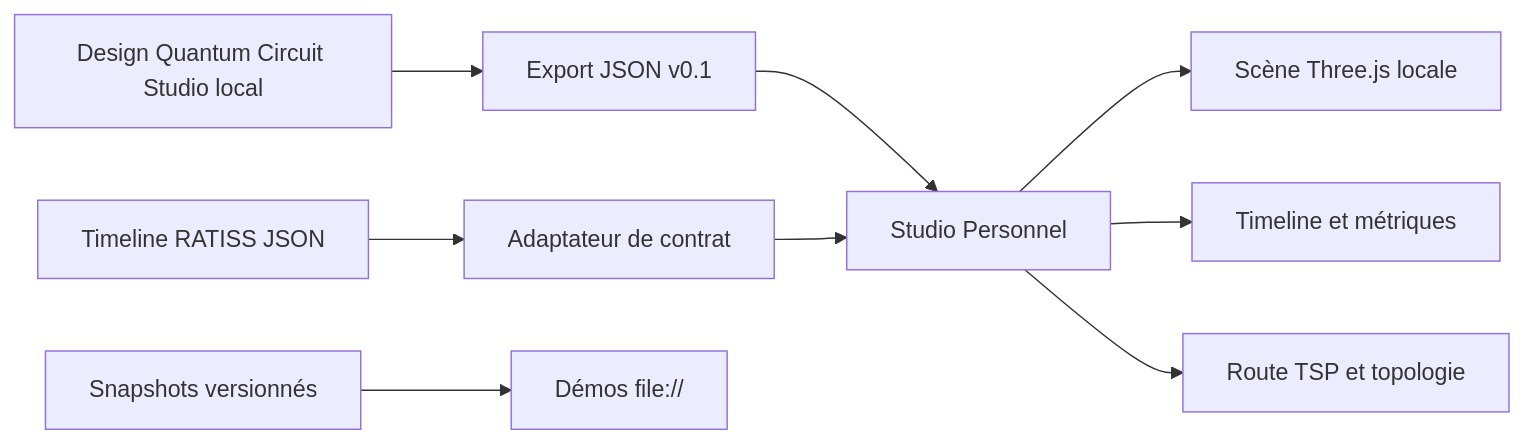
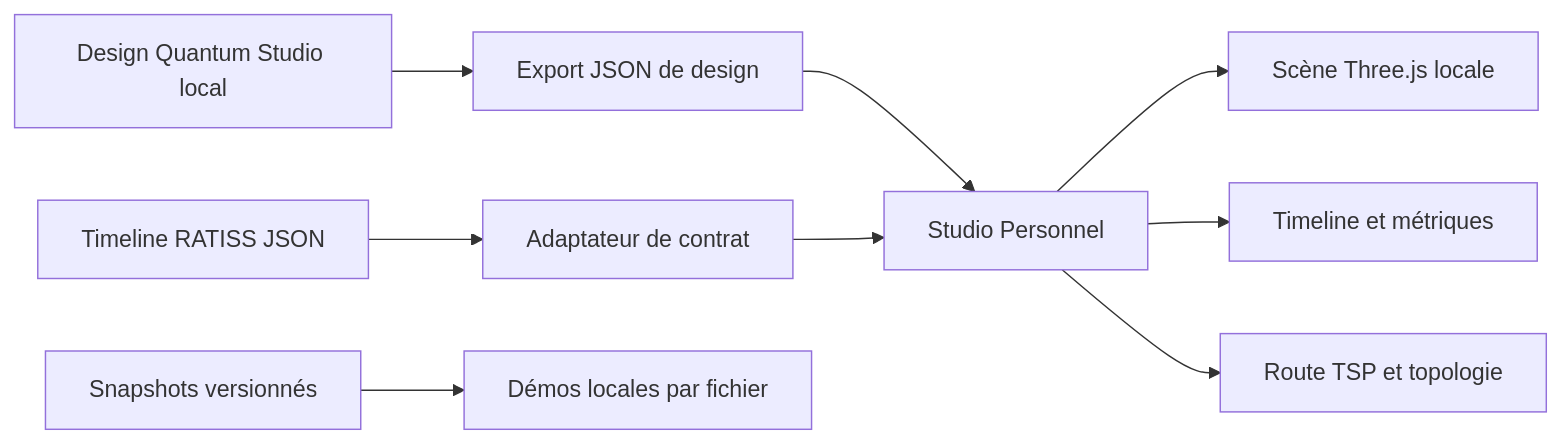
The diagram in README.md (evinajonathan13-max/ratiss-decoherence-atlas), drawn with Mermaid before and after one commit.

Commit message:
fix: make README Mermaid diagram GitHub compatible

````diff
--- a/README.md
+++ b/README.md
@@ -114,11 +114,11 @@
 ```mermaid
 flowchart LR
-  A[Design Quantum Circuit Studio local] --> B[Export JSON v0.1]
-  C[Timeline RATISS JSON] --> D[Adaptateur de contrat]
-  B --> E[Studio Personnel]
+  A["Design Quantum Studio local"] --> B["Export JSON de design"]
+  C["Timeline RATISS JSON"] --> D["Adaptateur de contrat"]
+  B --> E["Studio Personnel"]
   D --> E
-  E --> F[Scène Three.js locale]
-  E --> G[Timeline et métriques]
-  E --> H[Route TSP et topologie]
-  I[Snapshots versionnés] --> J[Démos file://]
+  E --> F["Scène Three.js locale"]
+  E --> G["Timeline et métriques"]
+  E --> H["Route TSP et topologie"]
+  I["Snapshots versionnés"] --> J["Démos locales par fichier"]
 ```
````
